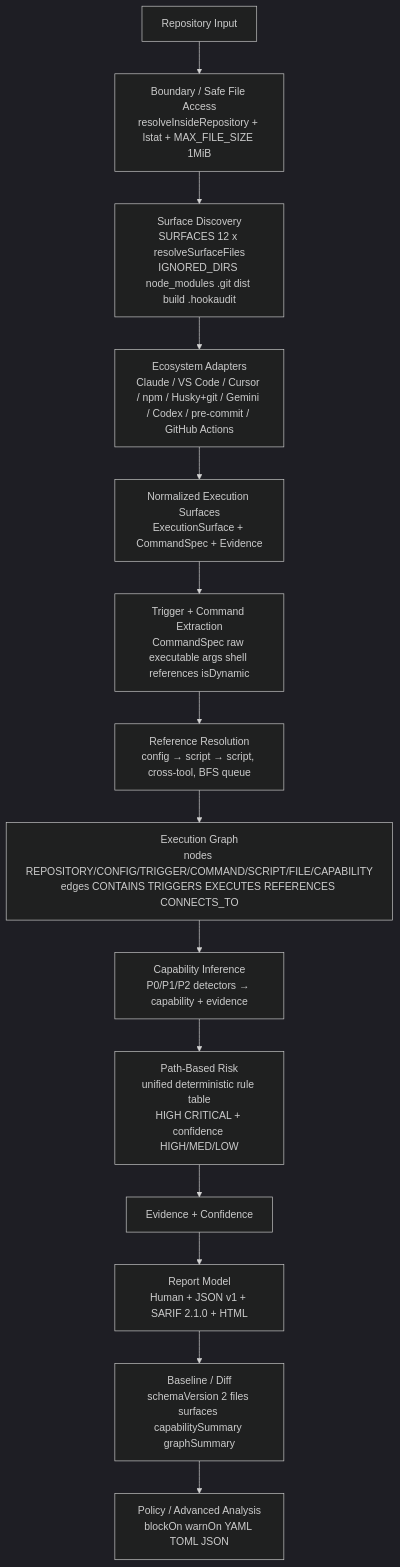
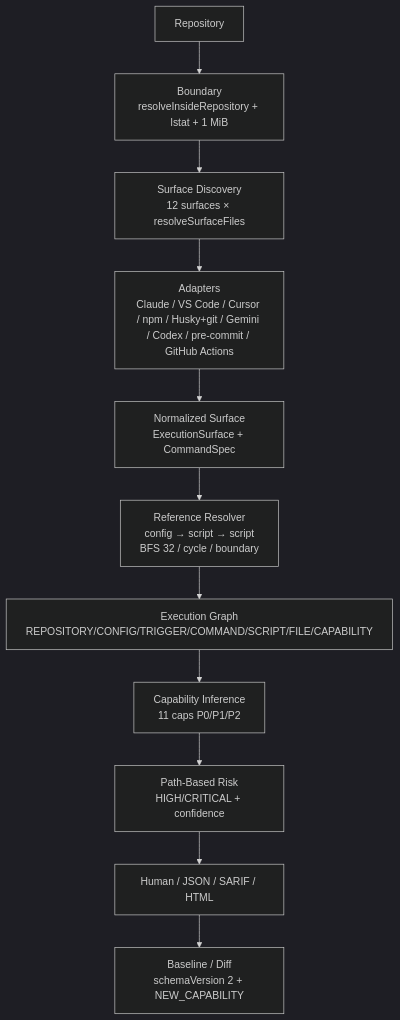
One commit to rohitkumarnaidu/HookAudit changed the third of 6 diagrams in README.md. Above: the diagram before and after it, drawn with Mermaid (dark theme). The commit also changed other lines of this file, not shown here.

First line of the commit message:
docs: simplify README to requested style with clean Mermaid

````diff
--- a/README.md
+++ b/README.md
@@ -98,16 +78,13 @@
 ```mermaid
 flowchart TD
-    R[Repository Input] --> B[Boundary / Safe File Access<br/>resolveInsideRepository + lstat + MAX_FILE_SIZE 1MiB]
-    B --> D[Surface Discovery<br/>SURFACES 12 x resolveSurfaceFiles<br/>IGNORED_DIRS node_modules .git dist build .hookaudit]
-    D --> A[Ecosystem Adapters<br/>Claude / VS Code / Cursor / npm / Husky+git / Gemini / Codex / pre-commit / GitHub Actions]
-    A --> N[Normalized Execution Surfaces<br/>ExecutionSurface + CommandSpec + Evidence]
-    N --> T[Trigger + Command Extraction<br/>CommandSpec raw executable args shell references isDynamic]
-    T --> S[Reference Resolution<br/>config → script → script, cross-tool, BFS queue]
-    S --> G[Execution Graph<br/>nodes REPOSITORY/CONFIG/TRIGGER/COMMAND/SCRIPT/FILE/CAPABILITY<br/>edges CONTAINS TRIGGERS EXECUTES REFERENCES CONNECTS_TO]
-    G --> C[Capability Inference<br/>P0/P1/P2 detectors → capability + evidence]
-    C --> K[Path-Based Risk<br/>unified deterministic rule table<br/>HIGH CRITICAL + confidence HIGH/MED/LOW]
-    K --> E[Evidence + Confidence]
-    E --> O[Report Model<br/>Human + JSON v1 + SARIF 2.1.0 + HTML]
-    O --> L[Baseline / Diff<br/>schemaVersion 2 files surfaces capabilitySummary graphSummary]
-    L --> P[Policy / Advanced Analysis<br/>blockOn warnOn YAML TOML JSON]
+    R[Repository] --> B[Boundary<br/>resolveInsideRepository + lstat + 1 MiB]
+    B --> D[Surface Discovery<br/>12 surfaces × resolveSurfaceFiles]
+    D --> A[Adapters<br/>Claude / VS Code / Cursor / npm / Husky+git / Gemini / Codex / pre-commit / GitHub Actions]
+    A --> N[Normalized Surface<br/>ExecutionSurface + CommandSpec]
+    N --> S[Reference Resolver<br/>config → script → script<br/>BFS 32 / cycle / boundary]
+    S --> G[Execution Graph<br/>REPOSITORY/CONFIG/TRIGGER/COMMAND/SCRIPT/FILE/CAPABILITY]
+    G --> C[Capability Inference<br/>11 caps P0/P1/P2]
+    C --> K[Path-Based Risk<br/>HIGH/CRITICAL + confidence]
+    K --> O[Human / JSON / SARIF / HTML]
+    O --> L[Baseline / Diff<br/>schemaVersion 2 + NEW_CAPABILITY]
 ```
````
